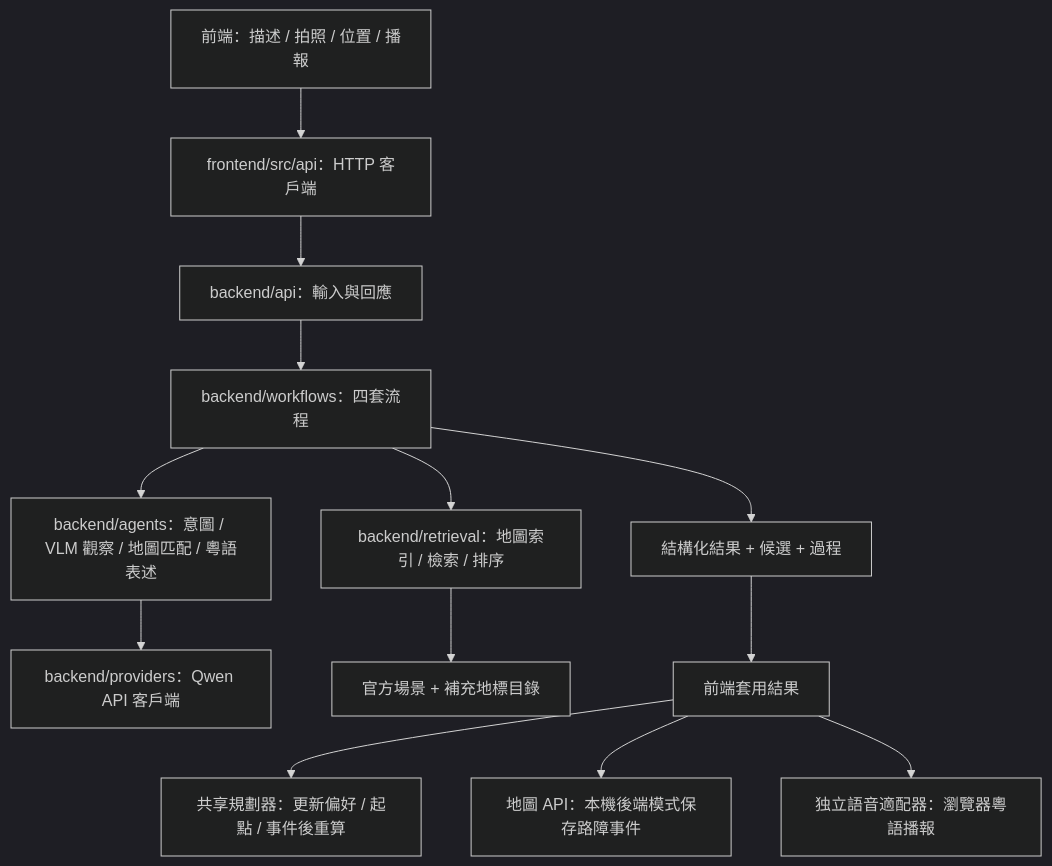
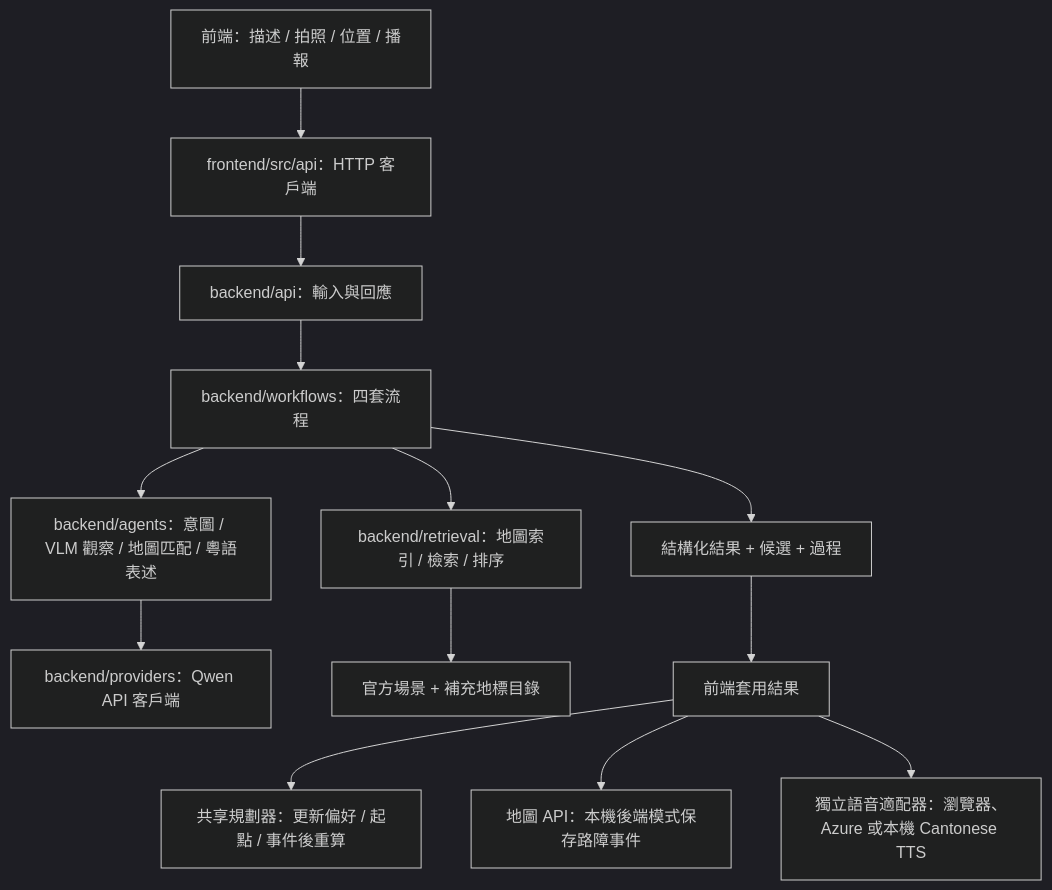
The diagram in docs/genai-architecture.md (XanderZhou2022/AccessRoute_small_demo), drawn with Mermaid (dark theme) before and after one commit. The commit also changed other lines of this file and 123 other files, not shown here.

````diff
--- a/docs/genai-architecture.md
+++ b/docs/genai-architecture.md
@@ -5,15 +5,15 @@
 ```mermaid
 flowchart TD
   UI[前端：描述 / 拍照 / 位置 / 播報] --> Client[frontend/src/api：HTTP 客戶端]
   Client --> HTTP[backend/api：輸入與回應]
   HTTP --> Workflow[backend/workflows：四套流程]
   Workflow --> Agents[backend/agents：意圖 / VLM 觀察 / 地圖匹配 / 粵語表述]
   Agents --> Provider[backend/providers：Qwen API 客戶端]
   Workflow --> Retrieval[backend/retrieval：地圖索引 / 檢索 / 排序]
   Retrieval --> Maps[官方場景 + 補充地標目錄]
   Workflow --> Result[結構化結果 + 候選 + 過程]
   Result --> Apply[前端套用結果]
   Apply --> Route[共享規劃器：更新偏好 / 起點 / 事件後重算]
   Apply --> Events[地圖 API：本機後端模式保存路障事件]
-  Apply --> Speech[独立語音適配器：瀏覽器粵語播報]
+  Apply --> Speech[獨立語音適配器：瀏覽器、Azure 或本機 Cantonese TTS]
 ```
````
